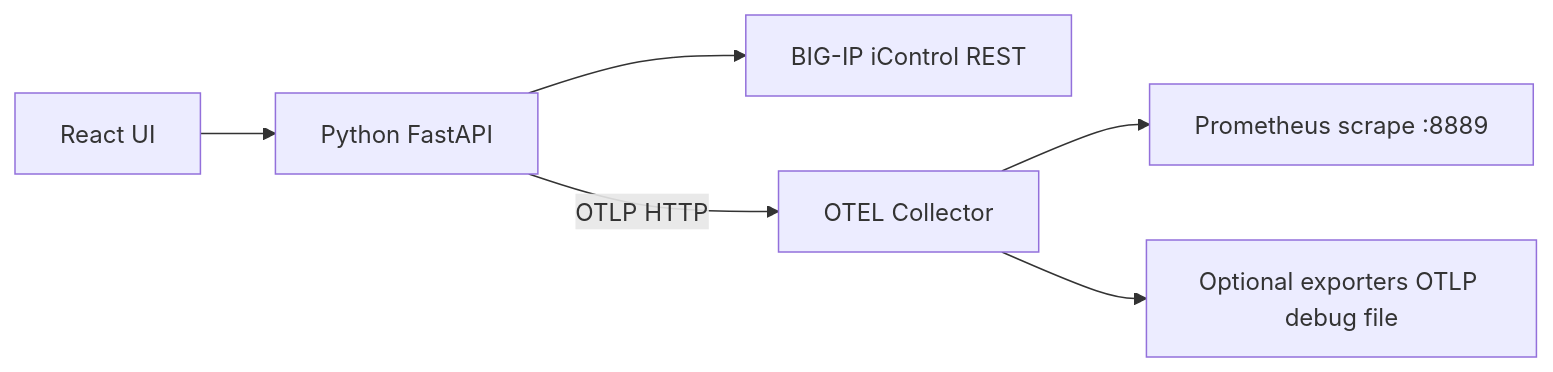
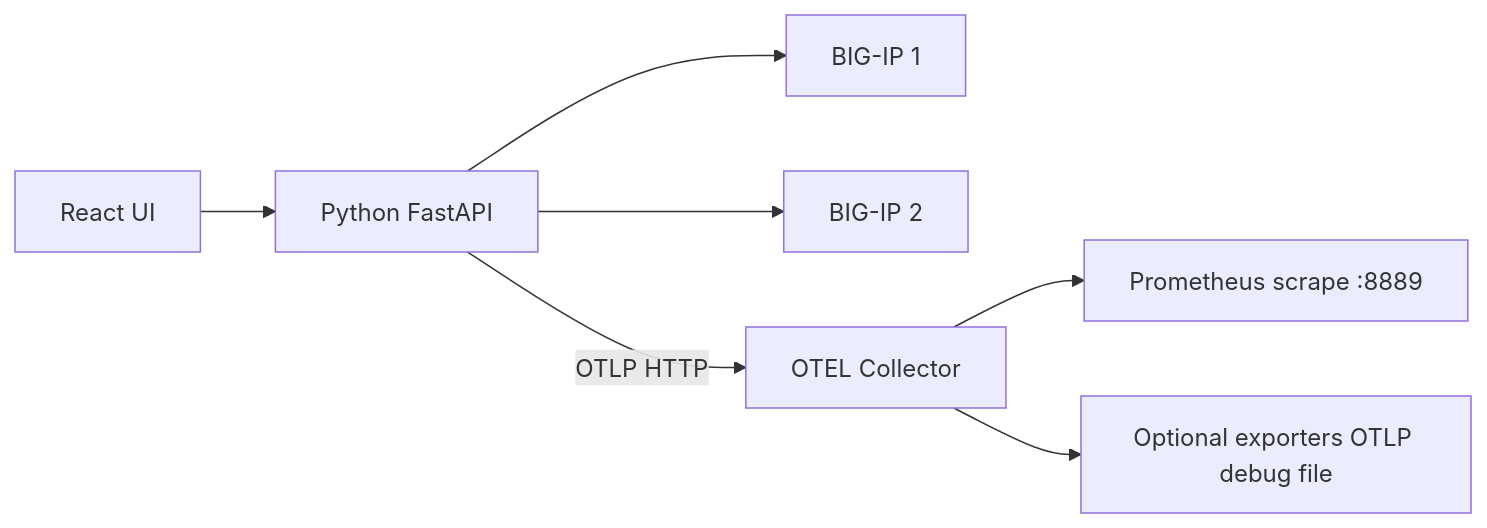
The first of 3 diagrams in README.md (f5devcentral/BIG-IP-Telemetry-Exporter), drawn with Mermaid before and after one commit. The commit also changed other lines of this file and 4 other files, not shown here.

````diff
--- a/README.md
+++ b/README.md
@@ -39,8 +41,9 @@
 ```mermaid
 flowchart LR
   UI[React UI] --> API[Python FastAPI]
-  API --> BIGIP[BIG-IP iControl REST]
+  API --> BIGIP1[BIG-IP 1]
+  API --> BIGIP2[BIG-IP 2]
   API -->|OTLP HTTP| COL[OTEL Collector]
   COL --> PROM[Prometheus scrape :8889]
   COL --> DEST[Optional exporters OTLP debug file]
 ```
````
